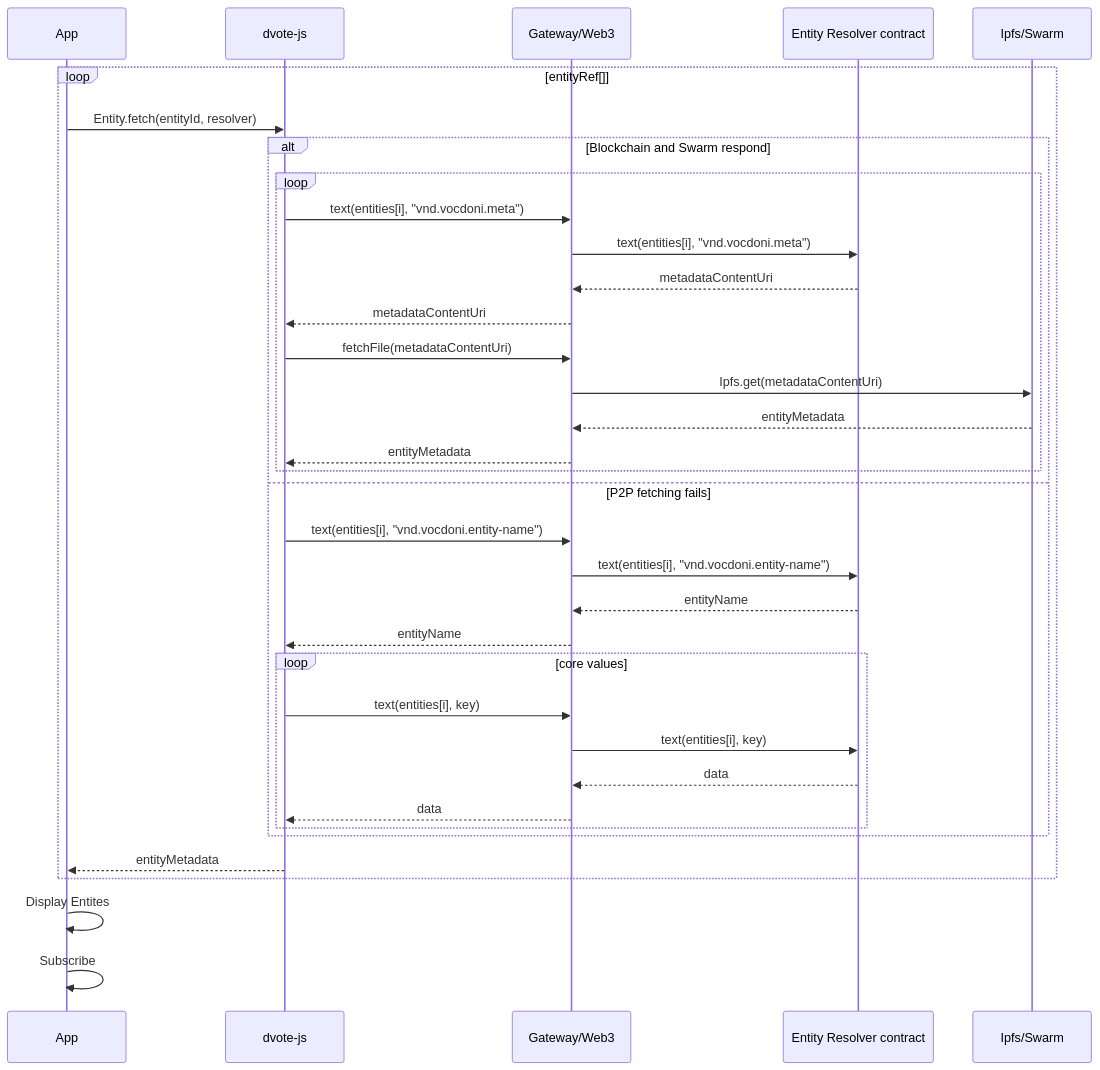
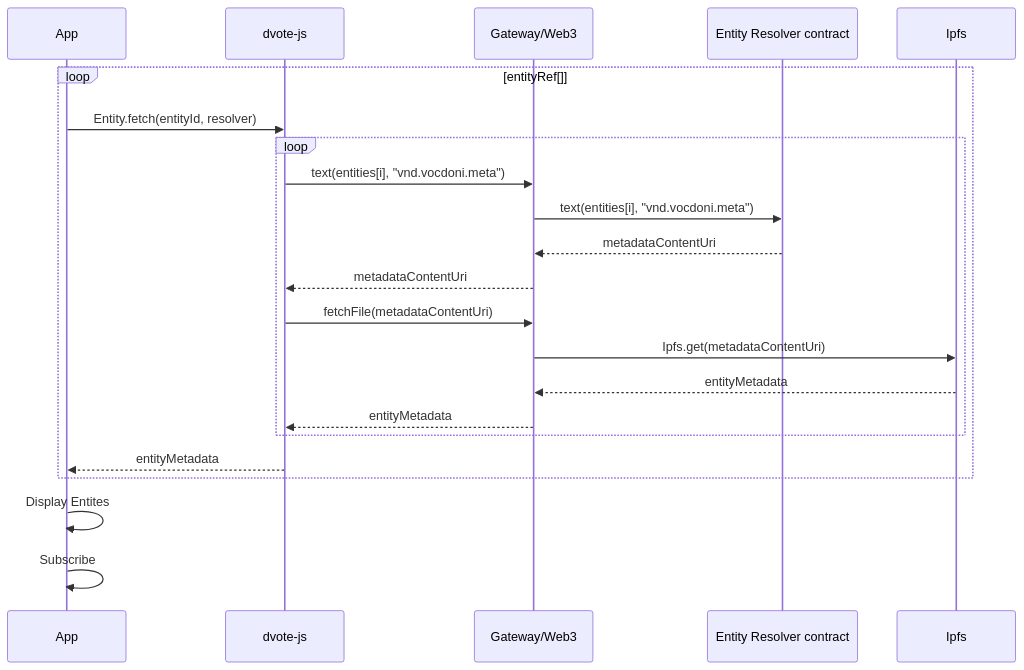
The third of 15 diagrams in docs/architecture/sequence-diagrams.md (vocdoni/docs), drawn with Mermaid before and after one commit. The commit also changed other lines of this file and 1 other file, not shown here.

Commit message:
Updating the sequence diagrams for the Entity

````diff
--- a/docs/architecture/sequence-diagrams.md
+++ b/docs/architecture/sequence-diagrams.md
@@ -122,41 +124,27 @@
 ```mermaid
 
 sequenceDiagram
     participant App
     participant DV as dvote-js
     participant GW as Gateway/Web3
     participant ER as Entity Resolver contract
-    participant IPFS as Ipfs/Swarm
+    participant IPFS as Ipfs
 
     loop entityRef[]
         App->>DV: Entity.fetch(entityId, resolver)
-        alt Blockchain and Swarm respond
-            loop
-                DV->>GW: text(entities[i], "vnd.vocdoni.meta")
-                    GW->>ER: text(entities[i], "vnd.vocdoni.meta")
-                    ER-->>GW: metadataContentUri
-                GW-->>DV: metadataContentUri
-                DV->>GW: fetchFile(metadataContentUri)
-                    GW->>IPFS: Ipfs.get(metadataContentUri)
-                    IPFS-->>GW: entityMetadata
-                GW-->>DV: entityMetadata
-            end
-        else P2P fetching fails
-            DV->>GW: text(entities[i], "vnd.vocdoni.entity-name")
-            GW->>ER: text(entities[i], "vnd.vocdoni.entity-name")
-            ER-->>GW: entityName
-            GW-->>DV: entityName
-
-            loop core values
-                DV->>GW: text(entities[i], key)
-                GW->>ER: text(entities[i], key)
-                ER-->>GW: data
-                GW-->>DV: data
-            end
+        loop
+            DV->>GW: text(entities[i], "vnd.vocdoni.meta")
+                GW->>ER: text(entities[i], "vnd.vocdoni.meta")
+                ER-->>GW: metadataContentUri
+            GW-->>DV: metadataContentUri
+            DV->>GW: fetchFile(metadataContentUri)
+                GW->>IPFS: Ipfs.get(metadataContentUri)
+                IPFS-->>GW: entityMetadata
+            GW-->>DV: entityMetadata
         end
         DV-->>App: entityMetadata
     end
 
     App->>App: Display Entites
     App->>App: Subscribe
 ```
````
